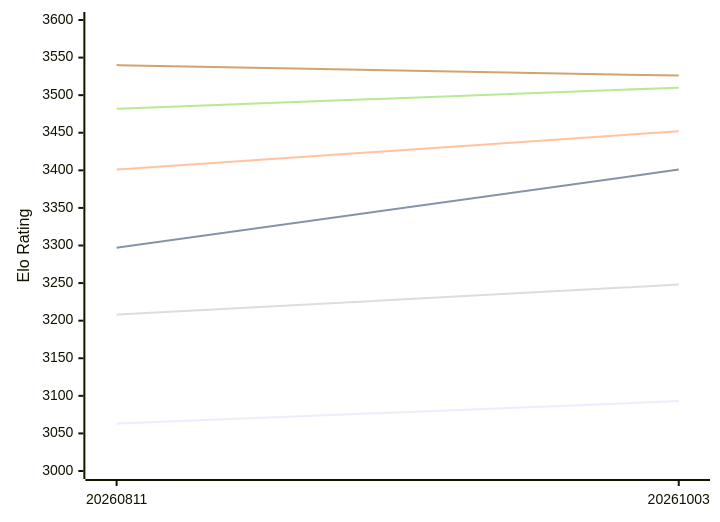
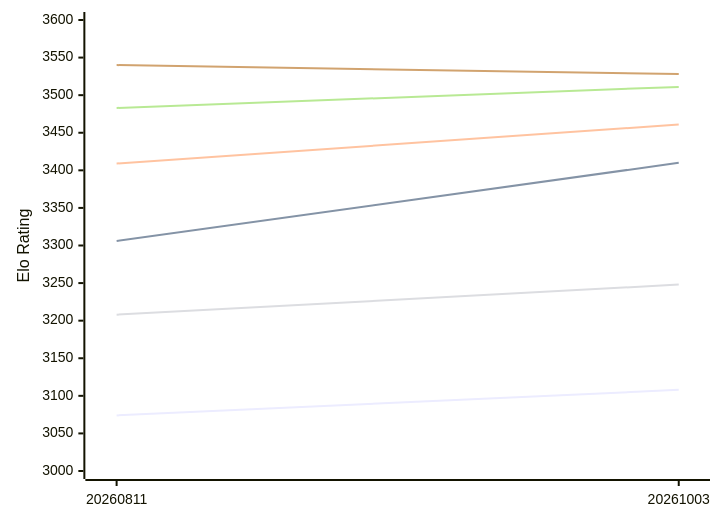
Before and after one commit to computer-chess-index/cci: the first of 2 diagrams in engines/Askaig.md, drawn with Mermaid. The commit also changed other lines of this file, not shown here.

Commit message:
Update CCI Ratings (ELO VLTC) - 2026-11-07

````diff
--- a/engines/Askaig.md
+++ b/engines/Askaig.md
@@ -52,12 +52,12 @@
 ```mermaid
 %%{init: {"theme":"base","themeVariables":{"seriesColors:['#a3a3a3','#222221','#faa371']}}}%%
 xychart-beta
   x-axis ["20260811", "20261003"]
   y-axis "Elo Rating" 3000 --> 3600
-  line "E1: STC (8.0+0.08s)" [3063, 3093]
-  line "E1: LTC (60.0+0.60s)" [3297, 3401]
-  line "E1: VLTC (2m24s+1.12s)" [3401, 3452]
+  line "E1: STC (8.0+0.08s)" [3074, 3108]
+  line "E1: LTC (60.0+0.60s)" [3306, 3410]
+  line "E1: VLTC (2m24s+1.12s)" [3409, 3461]
   line "P1: STC (8.0+0.08s)" [3208, 3248]
-  line "P1: LTC (60.0+0.60s)" [3482, 3510]
-  line "P1: VLTC (2m24s+1.12s)" [3540, 3526]
+  line "P1: LTC (60.0+0.60s)" [3483, 3511]
+  line "P1: VLTC (2m24s+1.12s)" [3540, 3528]
 ```
````
